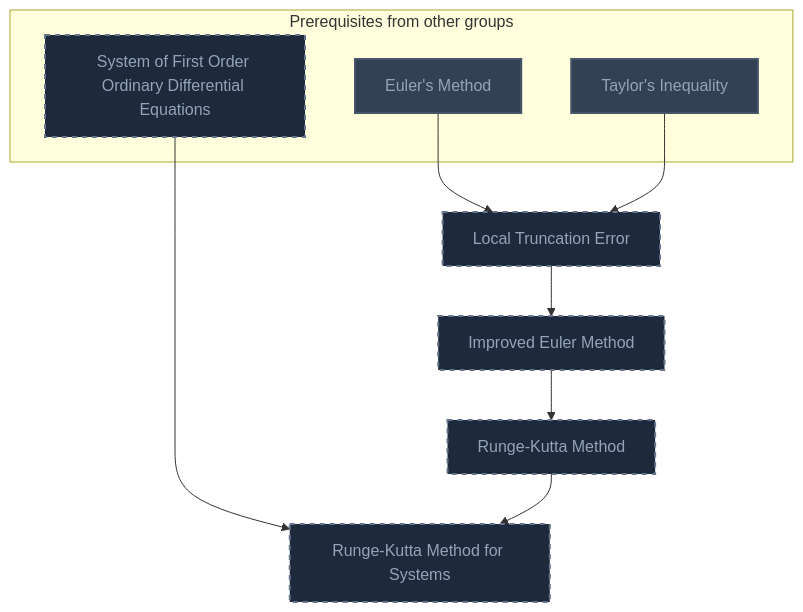
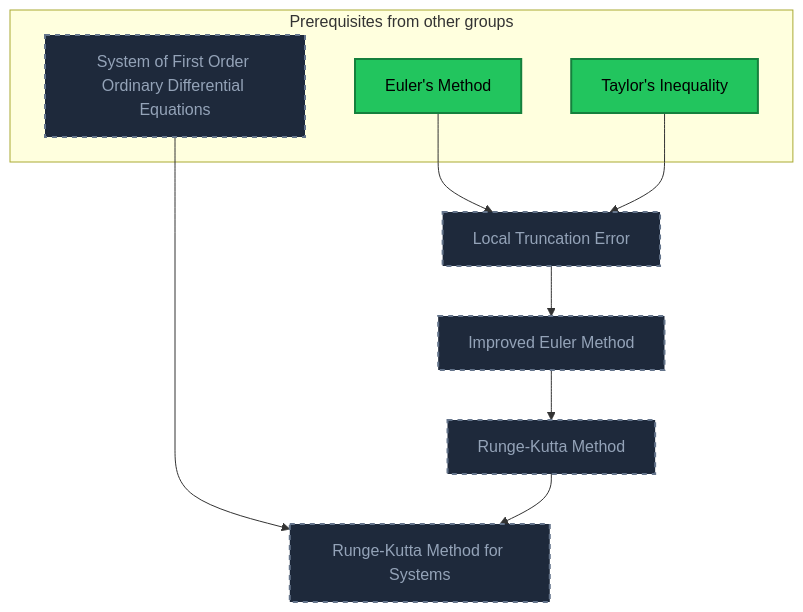
The sixth of 7 diagrams in Gamification/Skill Trees/Ordinary Differential Equations.md (MRauf1/My-Notes), drawn with Mermaid before and after one commit. The commit also changed other lines of this file and 145 other files, not shown here.

````diff
--- a/Gamification/Skill Trees/Ordinary Differential Equations.md
+++ b/Gamification/Skill Trees/Ordinary Differential Equations.md
@@ -356,30 +359,30 @@
 ```mermaid
 flowchart TD
     classDef planned fill:#1E293B,stroke:#64748B,stroke-width:2px,stroke-dasharray:5 5,color:#94A3B8;
     classDef locked fill:#334155,stroke:#475569,stroke-width:2px,color:#94A3B8;
     classDef L0 fill:#F1F5F9,stroke:#94A3B8,stroke-width:2px,color:#000000;
     classDef L1 fill:#22C55E,stroke:#15803D,stroke-width:2px,color:#000000;
     classDef L2 fill:#3B82F6,stroke:#1D4ED8,stroke-width:3px,color:#FFFFFF;
     classDef L3 fill:#A855F7,stroke:#6B21A8,stroke-width:3px,color:#FFFFFF,font-weight:bold;
     classDef L4 fill:#F97316,stroke:#C2410C,stroke-width:4px,color:#000000,font-weight:bold;
     classDef L5 fill:#FFD700,stroke:#FF8C00,stroke-width:5px,color:#000000,font-weight:bold;
     classDef rusty stroke:#8B4513,stroke-width:4px,stroke-dasharray:3 3;
     subgraph sg_prereqs["Prerequisites from other groups"]
         n_euler_s_method["Euler's Method"]
         n_taylor_s_inequality["Taylor's Inequality"]
         n_system_of_first_order_ordinary_differential_equations["System of First Order Ordinary Differential Equations"]
     end
     n_local_truncation_error["Local Truncation Error"]
     n_improved_euler_method["Improved Euler Method"]
     n_runge_kutta_method["Runge-Kutta Method"]
     n_runge_kutta_method_for_systems["Runge-Kutta Method for Systems"]
     n_euler_s_method --> n_local_truncation_error
     n_taylor_s_inequality --> n_local_truncation_error
     n_local_truncation_error --> n_improved_euler_method
     n_improved_euler_method --> n_runge_kutta_method
     n_system_of_first_order_ordinary_differential_equations --> n_runge_kutta_method_for_systems
     n_runge_kutta_method --> n_runge_kutta_method_for_systems
     class n_system_of_first_order_ordinary_differential_equations,n_local_truncation_error,n_improved_euler_method,n_runge_kutta_method,n_runge_kutta_method_for_systems planned;
-    class n_euler_s_method,n_taylor_s_inequality locked;
+    class n_euler_s_method,n_taylor_s_inequality L1;
     class n_euler_s_method,n_taylor_s_inequality internal-link;
 ```
````
